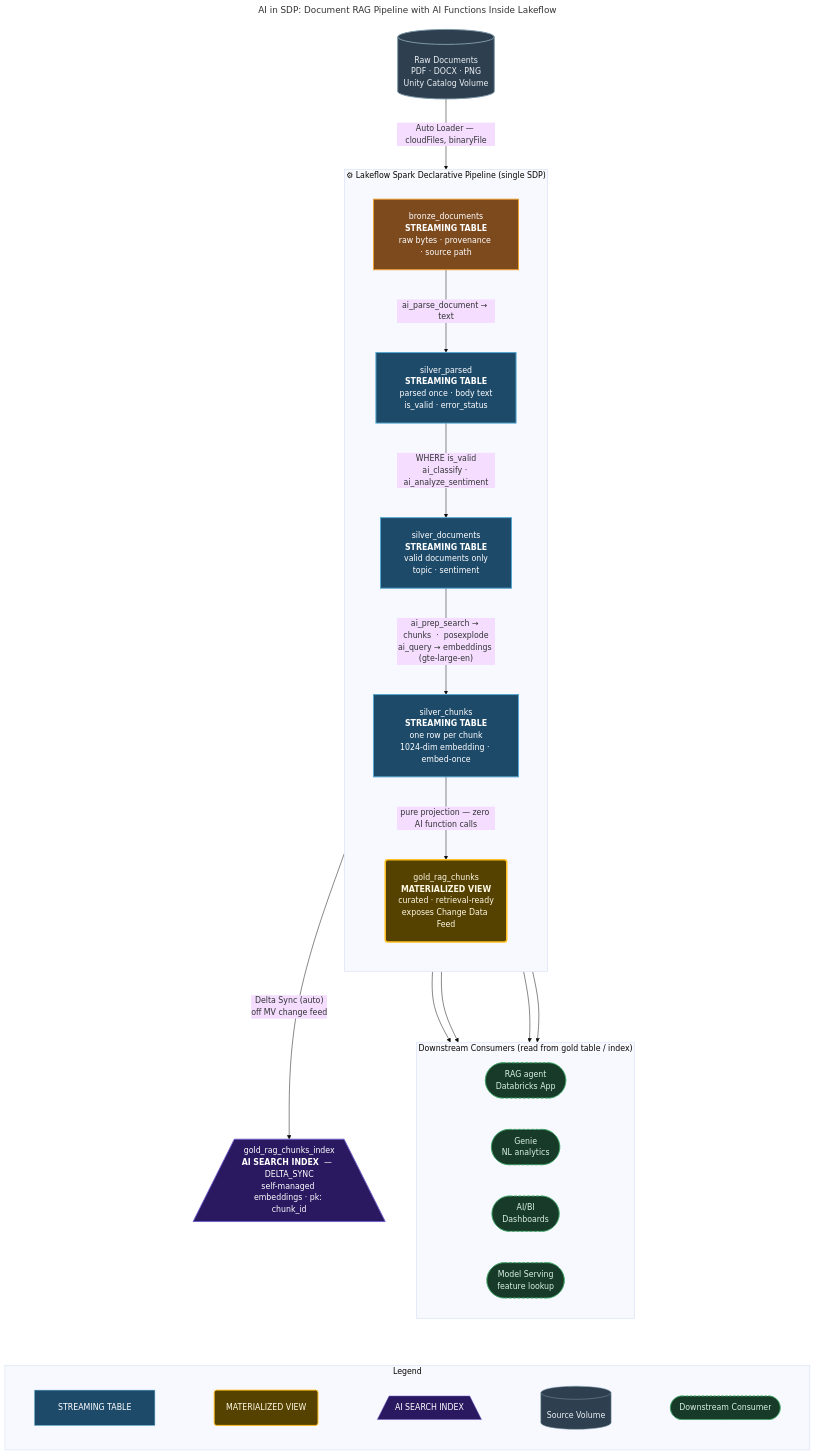
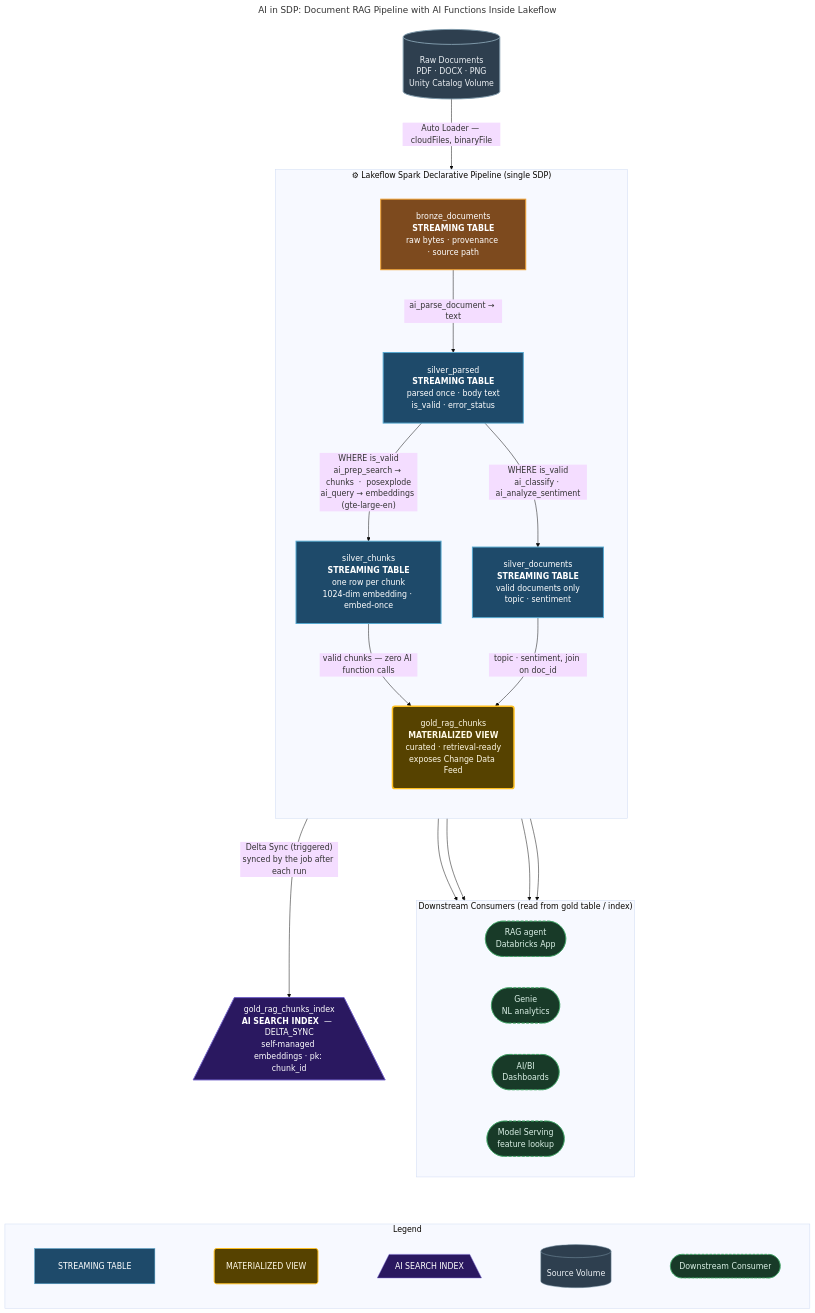
One commit to koritadenada/ai-sdp changed the diagram in docs/ai_sdp_architecture.mmd. Above: the diagram before and after it, drawn with Mermaid. The commit also changed 19 other files, not shown here.

First line of the commit message:
Address blog SME review: sync task, sibling silver tables, SQL version

```diff
--- a/docs/ai_sdp_architecture.mmd
+++ b/docs/ai_sdp_architecture.mmd
@@ -1,90 +1,91 @@
 ---
 title: "AI in SDP: Document RAG Pipeline with AI Functions Inside Lakeflow"
 ---
 %%{init: {"theme": "base", "flowchart": {"htmlLabels": true, "curve": "basis", "padding": 24, "nodeSpacing": 64, "rankSpacing": 96}}}%%
 flowchart TD
 
     %% ── CLASS DEFINITIONS ───────────────────────────────────────
     classDef volume   fill:#2e3f4f,stroke:#7f9aaa,color:#ecf0f4,stroke-width:2px
     classDef stBronze fill:#7d4a1e,stroke:#f0a030,color:#ffffff,stroke-width:2px
     classDef stSilver fill:#1e4a6a,stroke:#55a8d0,color:#ffffff,stroke-width:2px
     classDef mvGold   fill:#564200,stroke:#ffc020,color:#fff9e6,stroke-width:3px
     classDef vsIdx    fill:#2a1860,stroke:#7060c8,color:#ffffff,stroke-width:2px
     classDef consumer fill:#183a28,stroke:#38a060,color:#daf0e6,stroke-width:1px,stroke-dasharray:6 3
 
     %% ── LEGEND CLASSES ──────────────────────────────────────────
     classDef lgST  fill:#1e4a6a,stroke:#55a8d0,color:#ffffff,stroke-width:1px
     classDef lgMV  fill:#564200,stroke:#ffc020,color:#fff9e6,stroke-width:2px
     classDef lgVS  fill:#2a1860,stroke:#7060c8,color:#ffffff,stroke-width:1px
     classDef lgSrc fill:#2e3f4f,stroke:#7f9aaa,color:#ecf0f4,stroke-width:1px
     classDef lgCon fill:#183a28,stroke:#38a060,color:#daf0e6,stroke-width:1px,stroke-dasharray:5 3
 
     %% ── SOURCE VOLUME ───────────────────────────────────────────
     SRC[("Raw Documents<br/>PDF · DOCX · PNG<br/>Unity Catalog Volume")]
 
     %% ── LAKEFLOW SPARK DECLARATIVE PIPELINE ────────────────────
     subgraph PIPE["⚙  Lakeflow Spark Declarative Pipeline  (single SDP)"]
     direction TB
 
         BRONZE["bronze_documents<br/><b>STREAMING TABLE</b><br/>raw bytes · provenance · source path"]
 
         SILVER_PAR["silver_parsed<br/><b>STREAMING TABLE</b><br/>parsed once · body text<br/>is_valid · error_status"]
 
         SILVER_DOC["silver_documents<br/><b>STREAMING TABLE</b><br/>valid documents only<br/>topic · sentiment"]
 
         SILVER_CHK["silver_chunks<br/><b>STREAMING TABLE</b><br/>one row per chunk<br/>1024-dim embedding · embed-once"]
 
         GOLD("gold_rag_chunks<br/><b>MATERIALIZED VIEW</b><br/>curated · retrieval-ready<br/>exposes Change Data Feed")
 
     end
 
     %% ── PIPELINE EDGES ──────────────────────────────────────────
     SRC        -->|"Auto Loader — cloudFiles, binaryFile"| BRONZE
     BRONZE     -->|"ai_parse_document → text"| SILVER_PAR
     SILVER_PAR -->|"WHERE is_valid<br/>ai_classify · ai_analyze_sentiment"| SILVER_DOC
-    SILVER_DOC -->|"ai_prep_search → chunks  ·  posexplode<br/>ai_query → embeddings (gte‑large‑en)"| SILVER_CHK
-    SILVER_CHK -->|"pure projection — zero AI function calls"| GOLD
+    SILVER_PAR -->|"WHERE is_valid<br/>ai_prep_search → chunks  ·  posexplode<br/>ai_query → embeddings (gte‑large‑en)"| SILVER_CHK
+    SILVER_CHK -->|"valid chunks — zero AI function calls"| GOLD
+    SILVER_DOC -->|"topic · sentiment, join on doc_id"| GOLD
 
     %% ── VECTOR SEARCH INDEX + CONSUMERS (parallel) ──────────────
     VSIDX[/"gold_rag_chunks_index<br/><b>AI SEARCH INDEX</b>  —  DELTA_SYNC<br/>self-managed embeddings · pk: chunk_id"\]
 
     subgraph CONS["Downstream Consumers  (read from gold table / index)"]
     direction LR
         C1(["RAG agent<br/>Databricks App"])
         C2(["Genie<br/>NL analytics"])
         C3(["AI/BI<br/>Dashboards"])
         C4(["Model Serving<br/>feature lookup"])
     end
 
-    GOLD -->|"Delta Sync (auto)<br/>off MV change feed"| VSIDX
+    GOLD -->|"Delta Sync (triggered)<br/>synced by the job after each run"| VSIDX
     GOLD --> C1
     GOLD --> C2
     GOLD --> C3
     GOLD --> C4
 
     %% ── LEGEND (placed below via invisible anchor) ───────────────
     subgraph LEG["Legend"]
     direction LR
         L1["STREAMING TABLE"]
         L2("MATERIALIZED VIEW")
         L3[/"AI SEARCH INDEX"\]
         L4[("Source Volume")]
         L5(["Downstream Consumer"])
         L1 ~~~ L2 ~~~ L3 ~~~ L4 ~~~ L5
     end
 
     VSIDX ~~~ LEG
     CONS  ~~~ LEG
 
     %% ── CLASS ASSIGNMENTS ───────────────────────────────────────
     class SRC volume
     class BRONZE stBronze
     class SILVER_PAR,SILVER_DOC,SILVER_CHK stSilver
     class GOLD mvGold
     class VSIDX vsIdx
     class C1,C2,C3,C4 consumer
     class L1 lgST
     class L2 lgMV
     class L3 lgVS
     class L4 lgSrc
     class L5 lgCon
```
